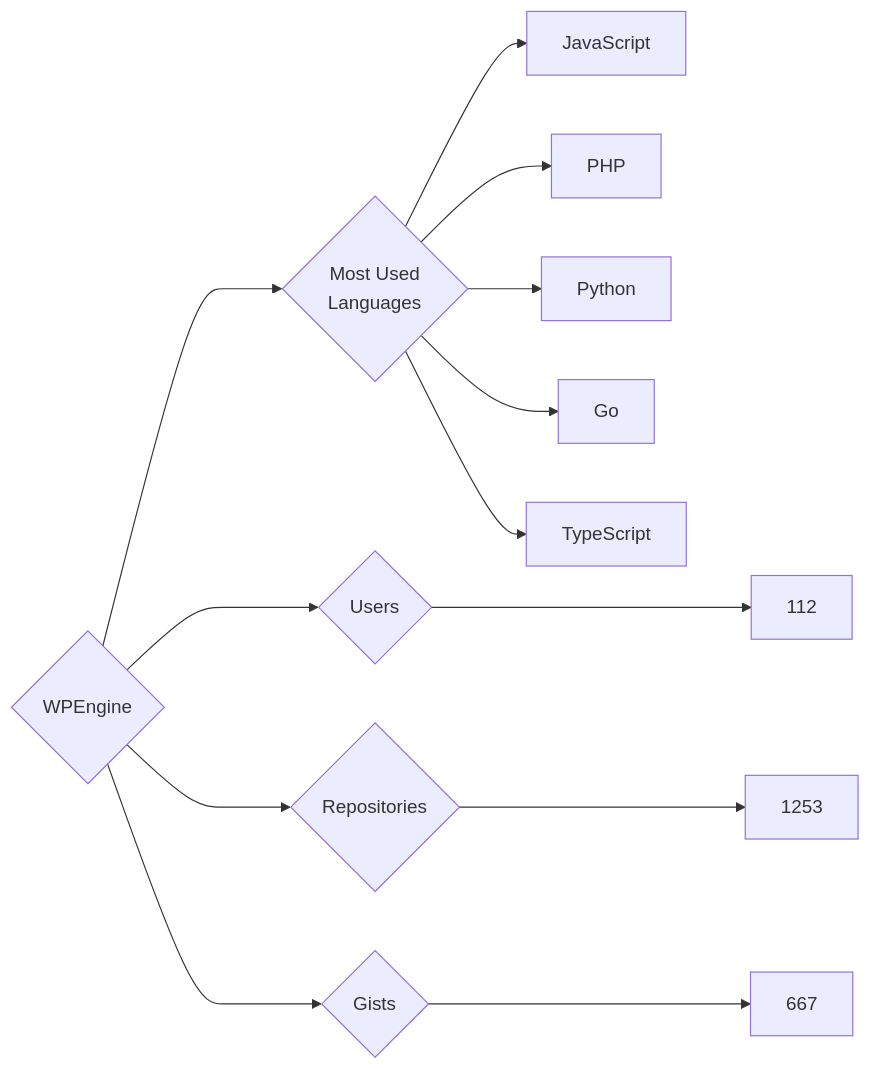
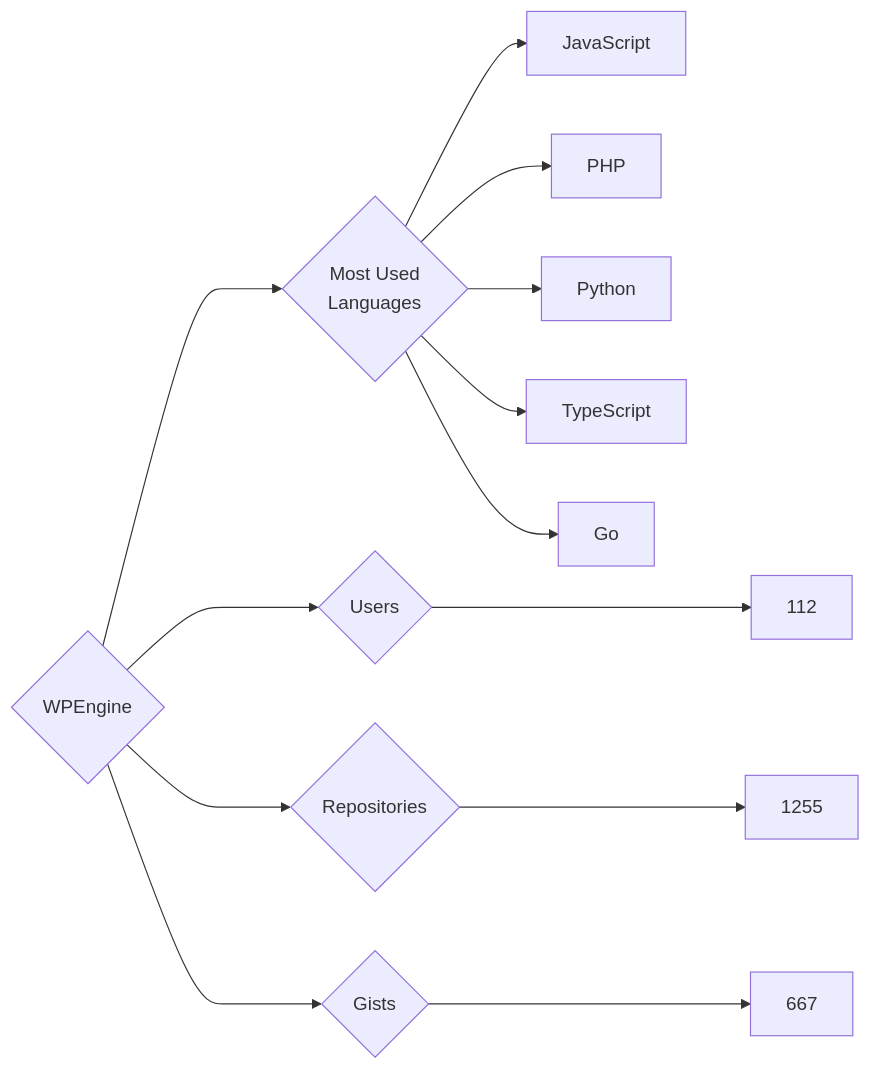
Before and after one commit to trickest/insiders: the diagram in targets/WPEngine/README.md, drawn with Mermaid. The commit also changed 823 other files, not shown here.

````diff
--- a/targets/WPEngine/README.md
+++ b/targets/WPEngine/README.md
@@ -3,13 +3,13 @@
 ```mermaid
 graph LR
 COMPANY_NAME{WPEngine}
 COMPANY_NAME ---> U{Users} ---> UN[112]
-COMPANY_NAME ---> R{Repositories} ---> RN[1253]
+COMPANY_NAME ---> R{Repositories} ---> RN[1255]
 COMPANY_NAME ---> G{Gists} ---> GN[667]
 COMPANY_NAME ---> ML{Most Used<br>Languages}
 ML --> JavaScript[JavaScript]
 ML --> PHP[PHP]
 ML --> Python[Python]
+ML --> TypeScript[TypeScript]
 ML --> Go[Go]
-ML --> TypeScript[TypeScript]
 ```
````
